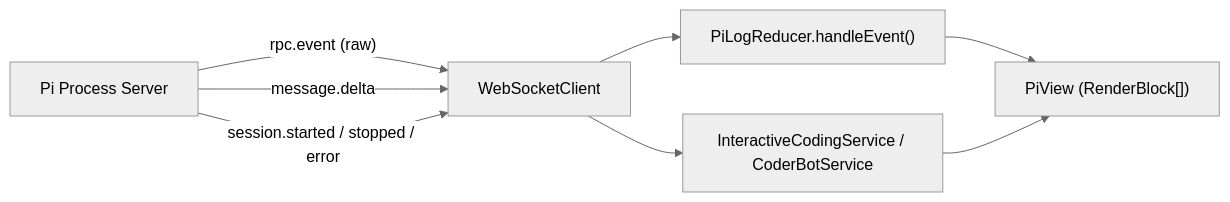
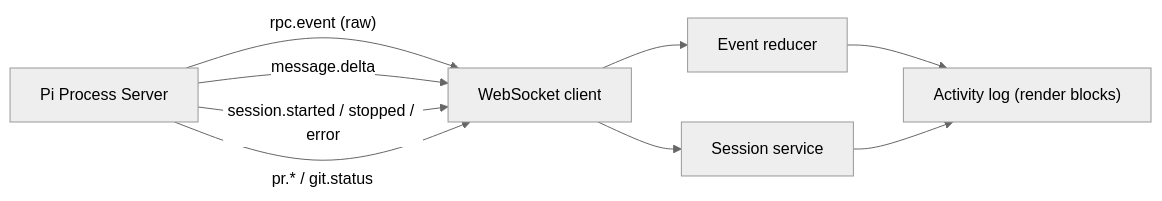
The diagram in design/pi_server/dd_websocket_protocol.md (marcbaechinger/ajapopaja-build), drawn with Mermaid (neutral theme) before and after one commit. The commit also changed other lines of this file and 3 other files, not shown here.

````diff
--- a/design/pi_server/dd_websocket_protocol.md
+++ b/design/pi_server/dd_websocket_protocol.md
@@ -88,10 +88,11 @@
 ```mermaid
 flowchart LR
-    S["Pi Process Server"] -->|"rpc.event (raw)"| W["WebSocketClient"]
+    S["Pi Process Server"] -->|"rpc.event (raw)"| W["WebSocket client"]
     S -->|"message.delta"| W
     S -->|"session.started / stopped / error"| W
-    W --> R["PiLogReducer.handleEvent()"]
-    W --> SVC["InteractiveCodingService / CoderBotService"]
-    R --> V["PiView (RenderBlock[])"]
+    S -->|"pr.* / git.status"| W
+    W --> R["Event reducer"]
+    W --> SVC["Session service"]
+    R --> V["Activity log (render blocks)"]
     SVC --> V
 ```
````
